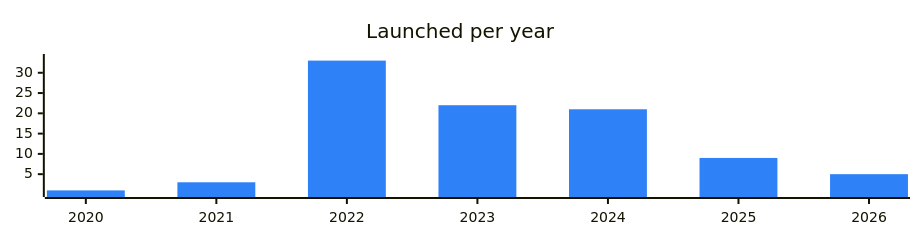
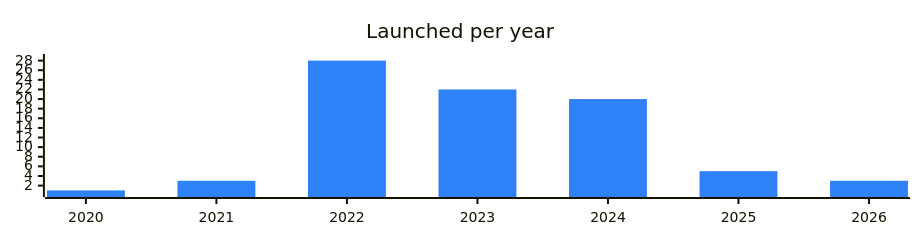
Before and after one commit to vitalikgpt/gram-ecosystem: the diagram in categories/devtools.md, drawn with Mermaid. The commit also changed other lines of this file and 71 other files, not shown here.

````diff
--- a/categories/devtools.md
+++ b/categories/devtools.md
@@ -7,7 +7,7 @@
 ```mermaid
 %%{init: {"xyChart": {"width": 900, "height": 220}, "themeVariables": {"xyChart": {"plotColorPalette": "#2f81f7"}}}}%%
 xychart-beta
   title "Launched per year"
   x-axis ["2020", "2021", "2022", "2023", "2024", "2025", "2026"]
-  bar [1, 3, 33, 22, 21, 9, 5]
+  bar [1, 3, 28, 22, 20, 5, 3]
 ```
````
